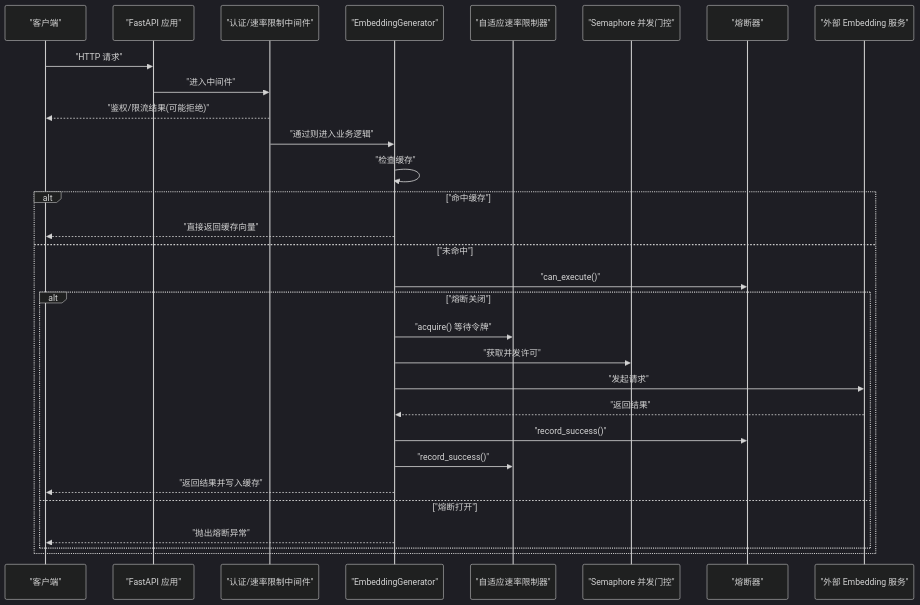
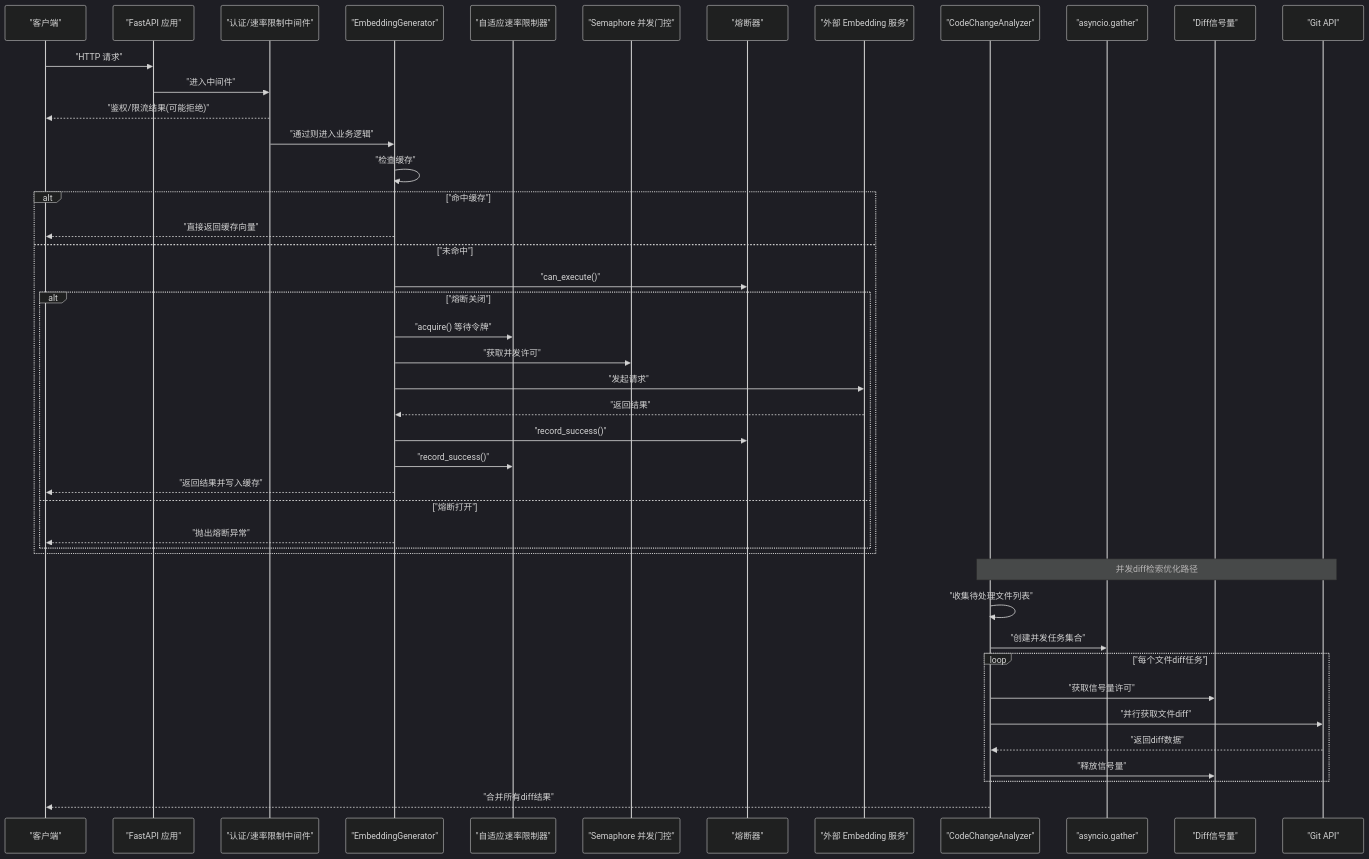
The second of 8 diagrams in .qoder/repowiki/zh/content/LLM集成模块/性能优化策略/并发控制机制/并发控制机制.md (boyingliu01/fault-review-analyzer), drawn with Mermaid (dark theme) before and after one commit. The commit also changed other lines of this file and 125 other files, not shown here.

````diff
--- a/.qoder/repowiki/zh/content/LLM集成模块/性能优化策略/并发控制机制/并发控制机制.md
+++ b/.qoder/repowiki/zh/content/LLM集成模块/性能优化策略/并发控制机制/并发控制机制.md
@@ -89,32 +109,46 @@
 ```mermaid
 sequenceDiagram
 participant Client as "客户端"
 participant FastAPI as "FastAPI 应用"
 participant MW as "认证/速率限制中间件"
 participant Gen as "EmbeddingGenerator"
 participant Lim as "自适应速率限制器"
 participant Sem as "Semaphore 并发门控"
 participant CB as "熔断器"
 participant Ext as "外部 Embedding 服务"
+participant Analyzer as "CodeChangeAnalyzer"
+participant Gather as "asyncio.gather"
+participant DiffSem as "Diff信号量"
+participant GitAPI as "Git API"
 Client->>FastAPI : "HTTP 请求"
 FastAPI->>MW : "进入中间件"
 MW-->>Client : "鉴权/限流结果(可能拒绝)"
 MW->>Gen : "通过则进入业务逻辑"
 Gen->>Gen : "检查缓存"
 alt "命中缓存"
 Gen-->>Client : "直接返回缓存向量"
 else "未命中"
 Gen->>CB : "can_execute()"
 alt "熔断关闭"
 Gen->>Lim : "acquire() 等待令牌"
 Gen->>Sem : "获取并发许可"
 Gen->>Ext : "发起请求"
 Ext-->>Gen : "返回结果"
 Gen->>CB : "record_success()"
 Gen->>Lim : "record_success()"
 Gen-->>Client : "返回结果并写入缓存"
 else "熔断打开"
 Gen-->>Client : "抛出熔断异常"
 end
 end
+Note over Analyzer,GitAPI : 并发diff检索优化路径
+Analyzer->>Analyzer : "收集待处理文件列表"
+Analyzer->>Gather : "创建并发任务集合"
+loop "每个文件diff任务"
+Analyzer->>DiffSem : "获取信号量许可"
+Analyzer->>GitAPI : "并行获取文件diff"
+GitAPI-->>Analyzer : "返回diff数据"
+Analyzer->>DiffSem : "释放信号量"
+end
+Analyzer-->>Client : "合并所有diff结果"
 ```
````
